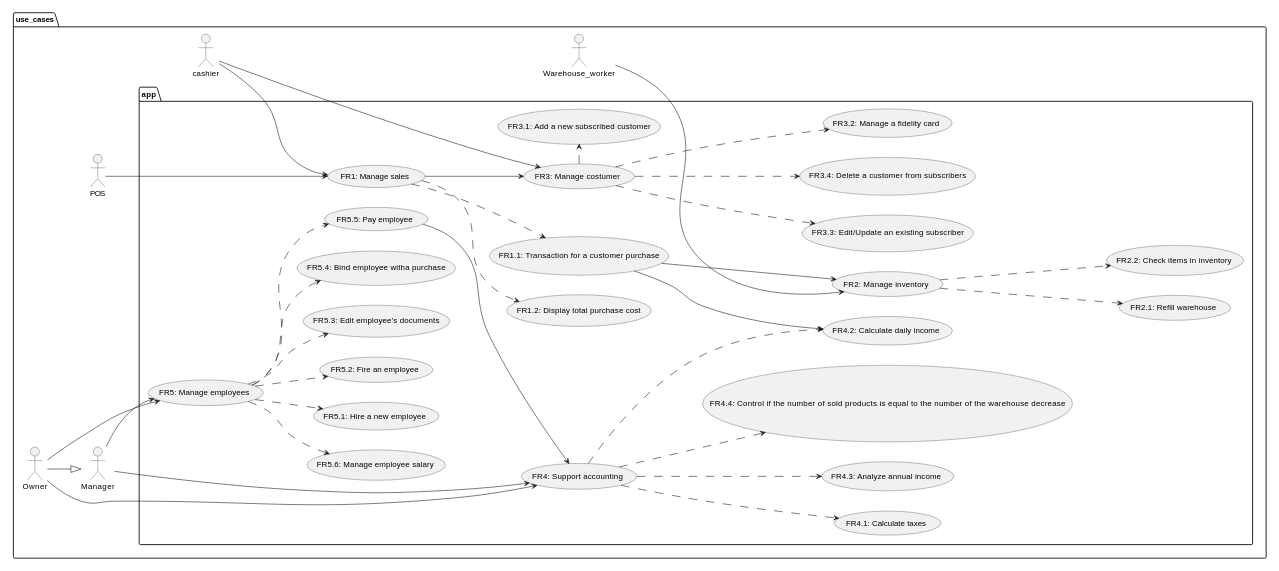
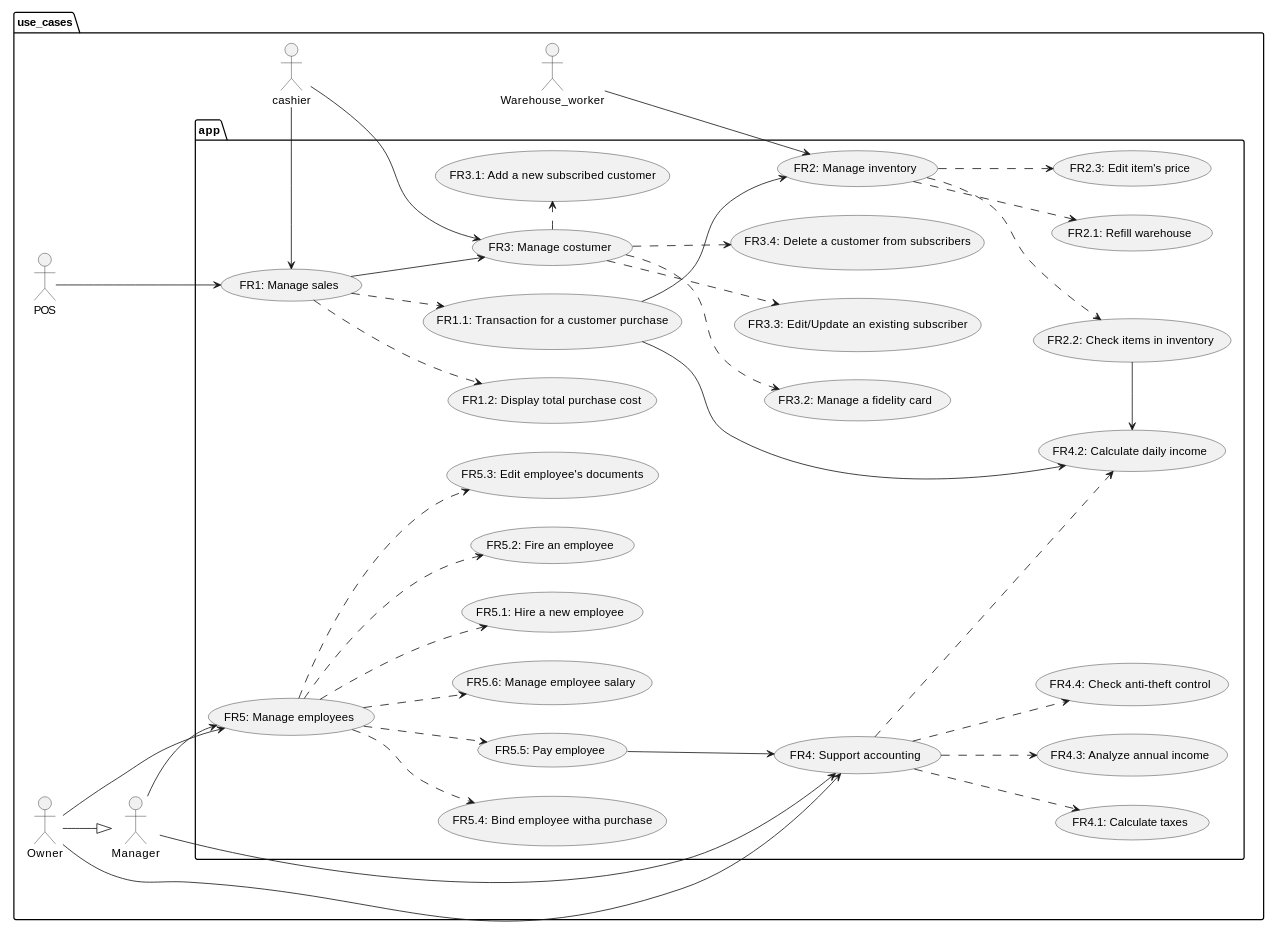
The second of 5 diagrams in Deliverables/RequirementsDocument.md (mkexc/ezshop), drawn with PlantUML before and after one commit. The commit also changed other lines of this file, not shown here.

Commit message:
docs: added stories and personas, deployement diagram, system design, glossary; added new use cases

````diff
--- a/Deliverables/RequirementsDocument.md
+++ b/Deliverables/RequirementsDocument.md
@@ -174,78 +184,77 @@
 ```plantuml
 @startuml
 scale max 1024 width
 
 left to right direction
 package use_cases{
     actor cashier as CSH
     actor POS
     actor Warehouse_worker as WW
     actor Manager as MNG
     actor Owner as OWN
 
     package app {
         usecase "FR1: Manage sales" as FR1
         usecase "FR1.1: Transaction for a customer purchase" as FR1_1
         usecase "FR1.2: Display total purchase cost" as FR1_2
         usecase "FR2: Manage inventory" as FR2
         usecase "FR2.1: Refill warehouse" as FR2_1
         usecase "FR2.2: Check items in inventory" as FR2_2
+        usecase "FR2.3: Edit item's price" as FR2_3
         usecase "FR3: Manage costumer" as FR3
         usecase "FR3.1: Add a new subscribed customer" as FR3_1
         usecase "FR3.2: Manage a fidelity card" as FR3_2
         usecase "FR3.3: Edit/Update an existing subscriber" as FR3_3
         usecase "FR3.4: Delete a customer from subscribers" as FR3_4
         usecase "FR4: Support accounting" as FR4
         usecase "FR4.1: Calculate taxes" as FR4_1
         usecase "FR4.2: Calculate daily income" as FR4_2
         usecase "FR4.3: Analyze annual income" as FR4_3
-        usecase "FR4.4: Control if the number of sold products is equal to the number of the warehouse decrease" as FR4_4
+        usecase "FR4.4: Check anti-theft control" as FR4_4
         usecase "FR5: Manage employees" as FR5
         usecase "FR5.1: Hire a new employee" as FR5_1
         usecase "FR5.2: Fire an employee" as FR5_2
         usecase "FR5.3: Edit employee's documents" as FR5_3
         usecase "FR5.4: Bind employee witha purchase" as FR5_4
         usecase "FR5.5: Pay employee" as FR5_5
         usecase "FR5.6: Manage employee salary" as FR5_6
 
-        CSH --> FR1
+        CSH -> FR1
         CSH --> FR3
         POS ---> FR1
         WW  --> FR2
         MNG --> FR5
         MNG --> FR4
         OWN --|> MNG
         OWN --> FR5
         OWN --> FR4
 
         FR1 --> FR3
         FR1 ..> FR1_1
         FR1 ..> FR1_2
         FR1_1 --> FR2
         FR1_1 --> FR4_2
-
         FR2 ..> FR2_1
         FR2 ..> FR2_2
-
+        FR2 ..> FR2_3
+        FR2_2 -> FR4_2
         FR3 .> FR3_1
         FR3 ..> FR3_2
         FR3 ..> FR3_3
         FR3 ..> FR3_4
-
         FR4 ..> FR4_1
         FR4 ..> FR4_2
         FR4 ..> FR4_3
         FR4 ..> FR4_4
-
         FR5 ..> FR5_1
         FR5 ..> FR5_2
         FR5 ..> FR5_3
         FR5 ..> FR5_4
         FR5 ..> FR5_5
         FR5 ..> FR5_6
         FR5_5 --> FR4
     }
 }
 
 @enduml
 ```
````
